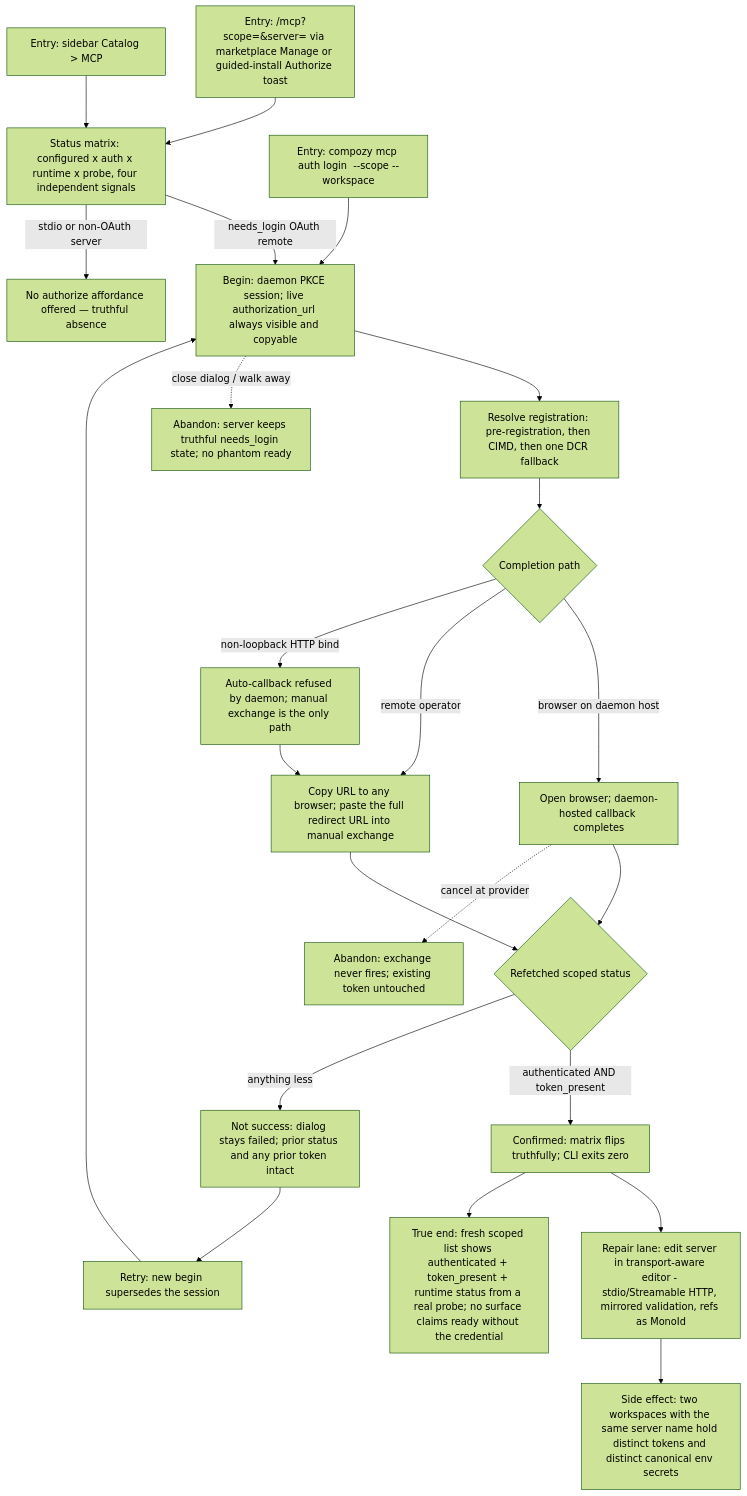
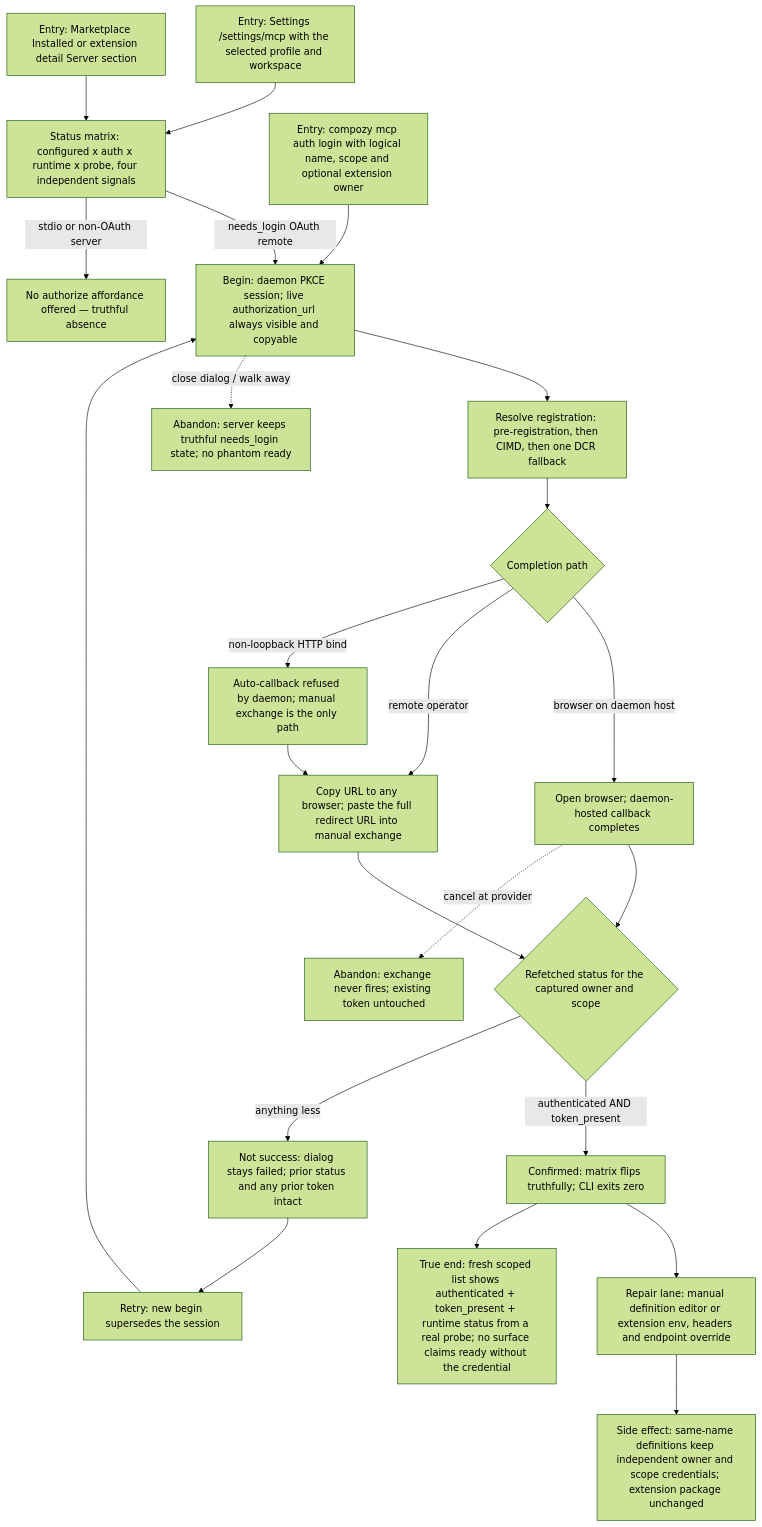
The diagram in docs/qa/journeys/J-mcp-authorize-repair.md (compozy/compozy), drawn with Mermaid (forest theme) before and after one commit. The commit also changed other lines of this file and 1140 other files, not shown here.

First line of the commit message:
feat: unify marketplace catalog and plugin sources (#636)

````diff
--- a/docs/qa/journeys/J-mcp-authorize-repair.md
+++ b/docs/qa/journeys/J-mcp-authorize-repair.md
@@ -5,25 +5,25 @@
 ```mermaid
 flowchart TD
-  A[Entry: /mcp?scope=&server= via marketplace Manage or guided-install Authorize toast] --> B[Status matrix: configured x auth x runtime x probe, four independent signals]
-  A2[Entry: compozy mcp auth login <name> --scope --workspace] --> C
-  A3[Entry: sidebar Catalog > MCP] --> B
+  A[Entry: Settings /settings/mcp with the selected profile and workspace] --> B[Status matrix: configured x auth x runtime x probe, four independent signals]
+  A2[Entry: compozy mcp auth login with logical name, scope and optional extension owner] --> C
+  A3[Entry: Marketplace Installed or extension detail Server section] --> B
   B -->|needs_login OAuth remote| C[Begin: daemon PKCE session; live authorization_url always visible and copyable]
   B -->|stdio or non-OAuth server| B2[No authorize affordance offered — truthful absence]
   C --> R[Resolve registration: pre-registration, then CIMD, then one DCR fallback]
   R --> D{Completion path}
   D -->|browser on daemon host| E[Open browser; daemon-hosted callback completes]
   D -->|remote operator| F[Copy URL to any browser; paste the full redirect URL into manual exchange]
   D -->|non-loopback HTTP bind| F2[Auto-callback refused by daemon; manual exchange is the only path]
   F2 --> F
-  E --> G{Refetched scoped status}
+  E --> G{Refetched status for the captured owner and scope}
   F --> G
   G -->|authenticated AND token_present| H[Confirmed: matrix flips truthfully; CLI exits zero]
   G -->|anything less| I[Not success: dialog stays failed; prior status and any prior token intact]
   I --> C2[Retry: new begin supersedes the session]
   C2 --> C
   C -.->|close dialog / walk away| X1[Abandon: server keeps truthful needs_login state; no phantom ready]
   E -.->|cancel at provider| X2[Abandon: exchange never fires; existing token untouched]
-  H --> J[Repair lane: edit server in transport-aware editor - stdio/Streamable HTTP, mirrored validation, refs as MonoId]
-  J --> K[Side effect: two workspaces with the same server name hold distinct tokens and distinct canonical env secrets]
+  H --> J[Repair lane: manual definition editor or extension env, headers and endpoint override]
+  J --> K[Side effect: same-name definitions keep independent owner and scope credentials; extension package unchanged]
   H --> L[True end: fresh scoped list shows authenticated + token_present + runtime status from a real probe; no surface claims ready without the credential]
 ```
````
